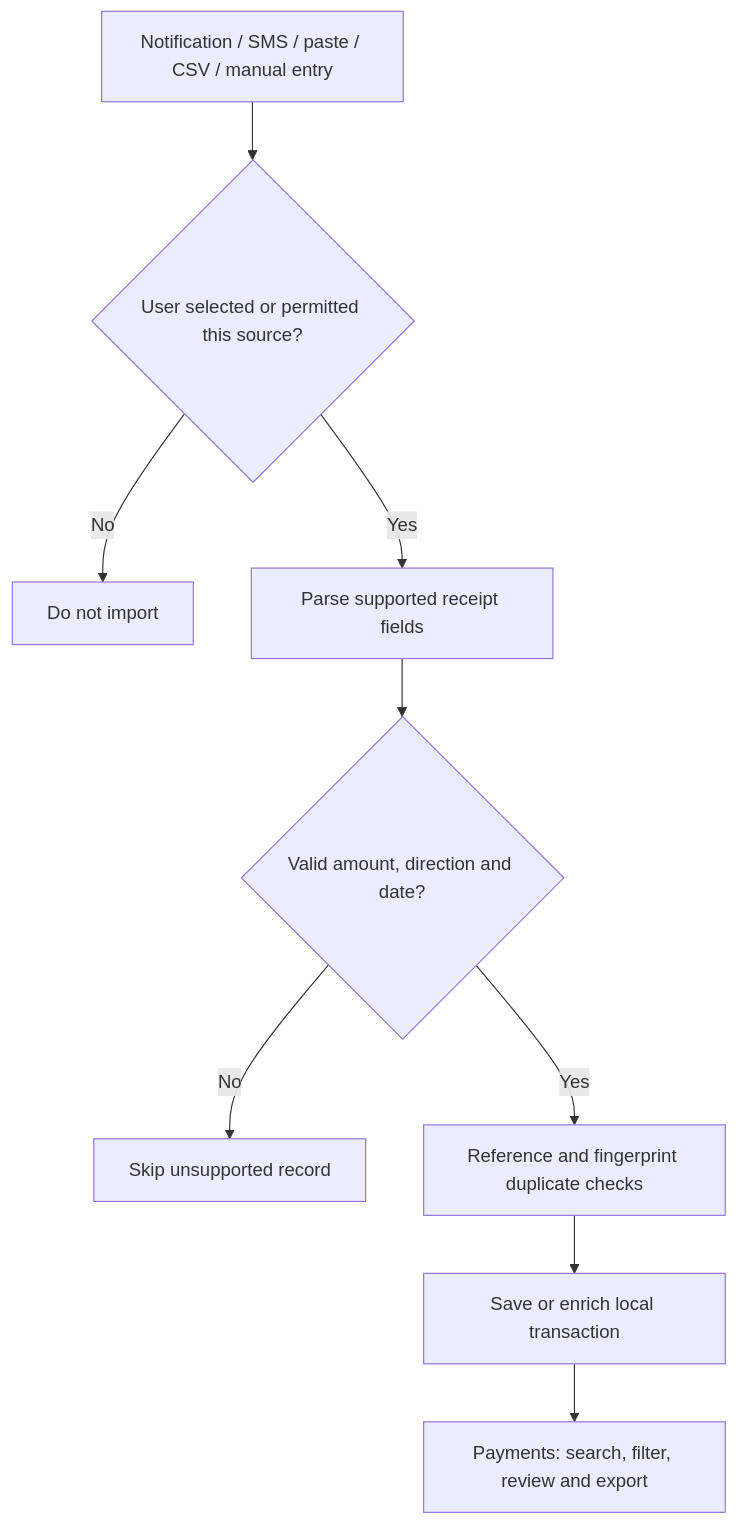
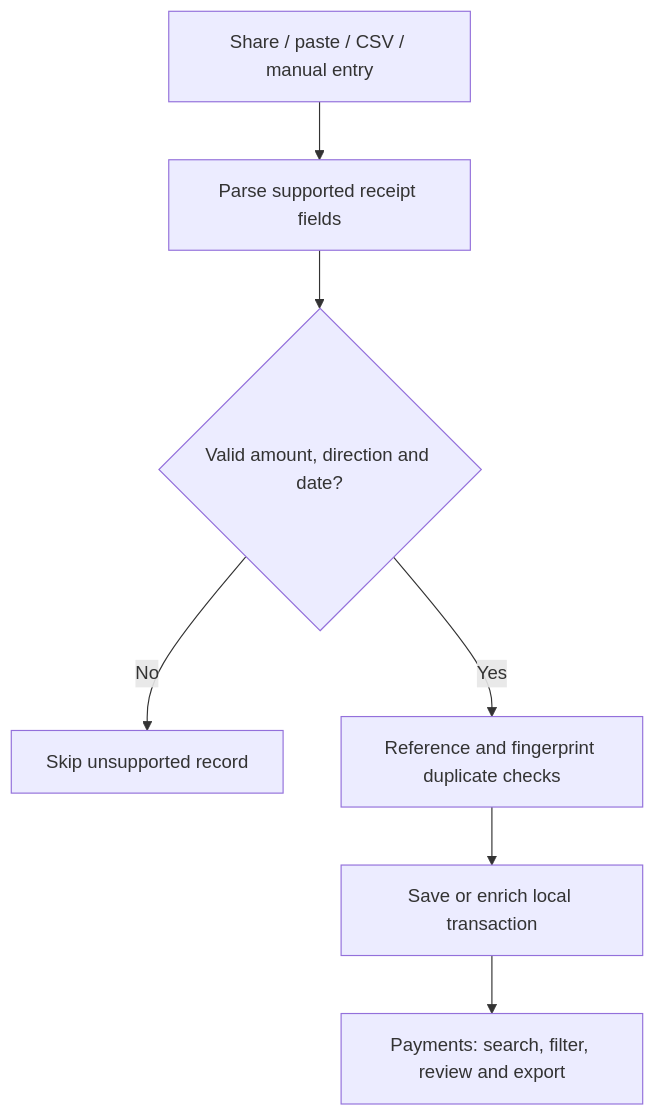
Before and after one commit to hydra-eng/paydar: the third of 5 diagrams in README.md, drawn with Mermaid. The commit also changed other lines of this file and 12 other files, not shown here.

````diff
--- a/README.md
+++ b/README.md
@@ -85,11 +85,9 @@
 ```mermaid
 flowchart TD
-    Input[Notification / SMS / paste / CSV / manual entry] --> Consent{User selected or permitted this source?}
-    Consent -->|No| Stop[Do not import]
-    Consent -->|Yes| Parse[Parse supported receipt fields]
+    Input[Share / paste / CSV / manual entry] --> Parse[Parse supported receipt fields]
     Parse --> Valid{Valid amount, direction and date?}
     Valid -->|No| Ignore[Skip unsupported record]
     Valid -->|Yes| Dedupe[Reference and fingerprint duplicate checks]
     Dedupe --> Save[Save or enrich local transaction]
     Save --> View[Payments: search, filter, review and export]
 ```
````
